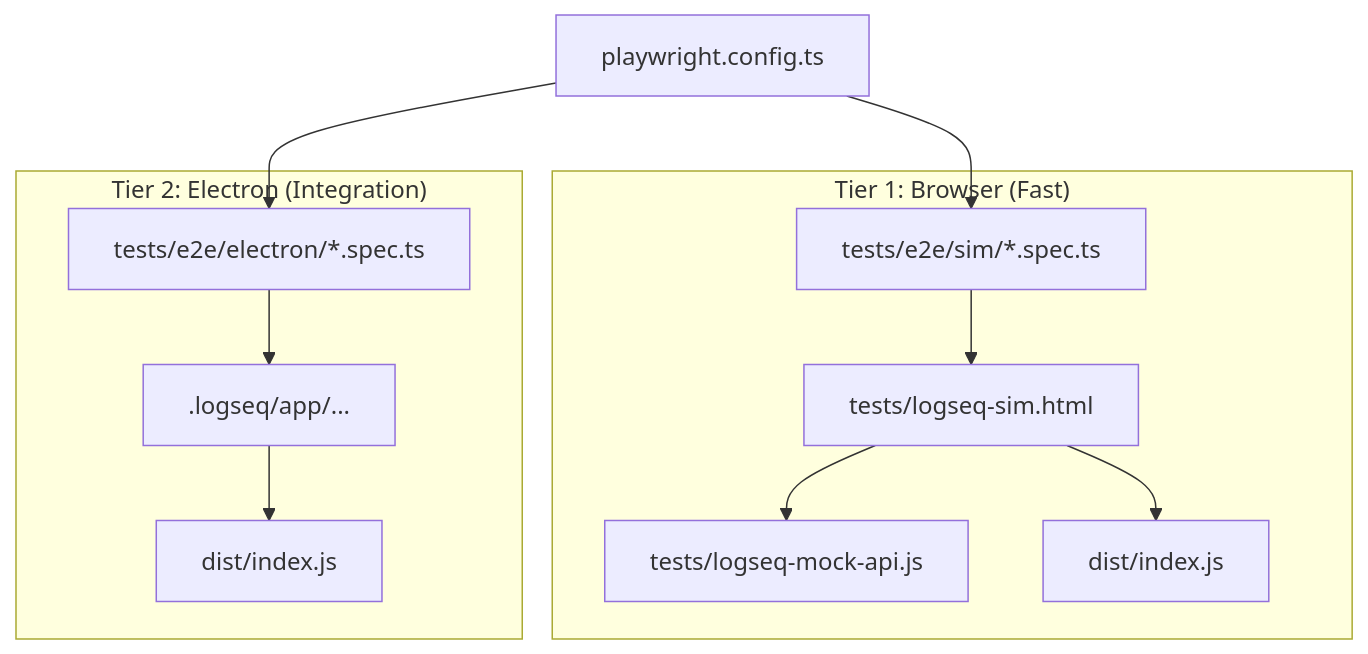
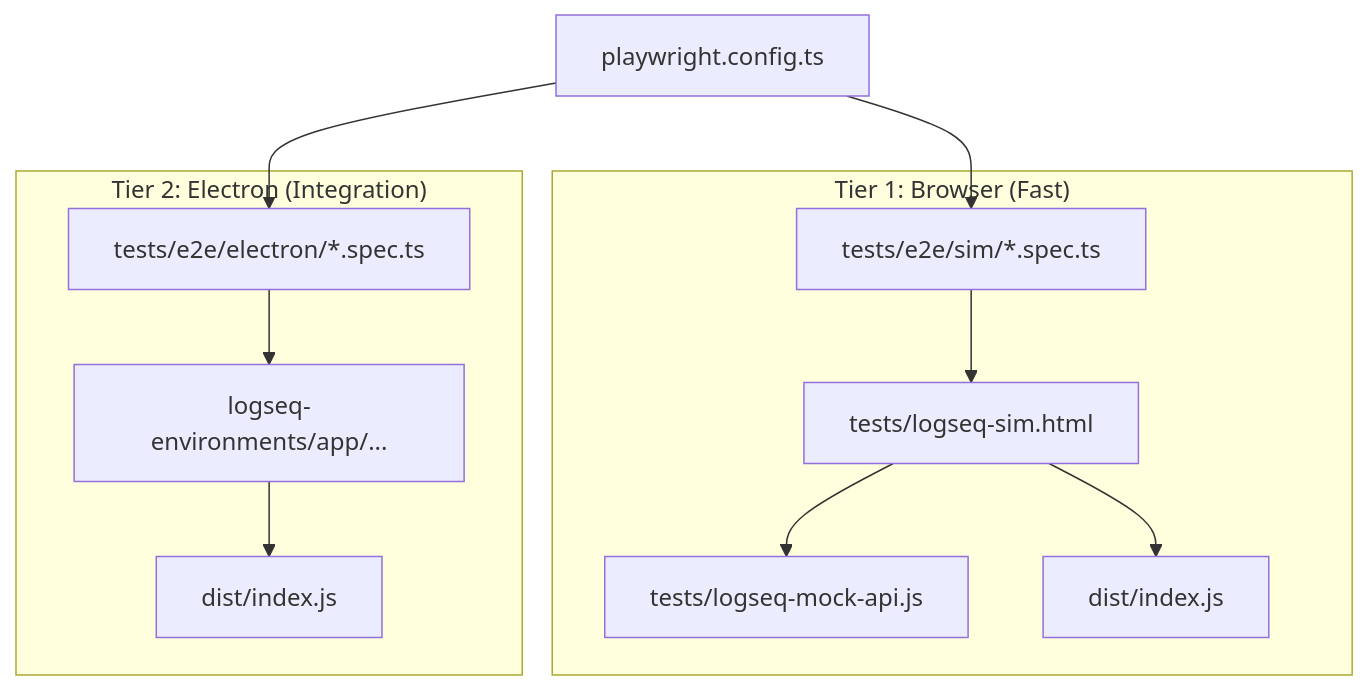
One commit to secondbrain-tools/logseq-doc-agent changed the diagram in docs/e2e-testing.md. Above: the diagram before and after it, drawn with Mermaid. The commit also changed other lines of this file and 16 other files, not shown here.

Commit message:
update logseq e2e and mcp paths to logseq-environments

````diff
--- a/docs/e2e-testing.md
+++ b/docs/e2e-testing.md
@@ -10,16 +10,16 @@
 ```mermaid
 graph TD
     subgraph "Tier 1: Browser (Fast)"
         SimTest[tests/e2e/sim/*.spec.ts] --> SimPage[tests/logseq-sim.html]
         SimPage --> MockAPI[tests/logseq-mock-api.js]
         SimPage --> Plugin[dist/index.js]
     end
 
     subgraph "Tier 2: Electron (Integration)"
-        ElectronTest[tests/e2e/electron/*.spec.ts] --> LogseqBinary[.logseq/app/...]
+        ElectronTest[tests/e2e/electron/*.spec.ts] --> LogseqBinary[logseq-environments/app/...]
         LogseqBinary --> PluginDist[dist/index.js]
     end
 
     Config[playwright.config.ts] --> SimTest
     Config --> ElectronTest
 ```
````
